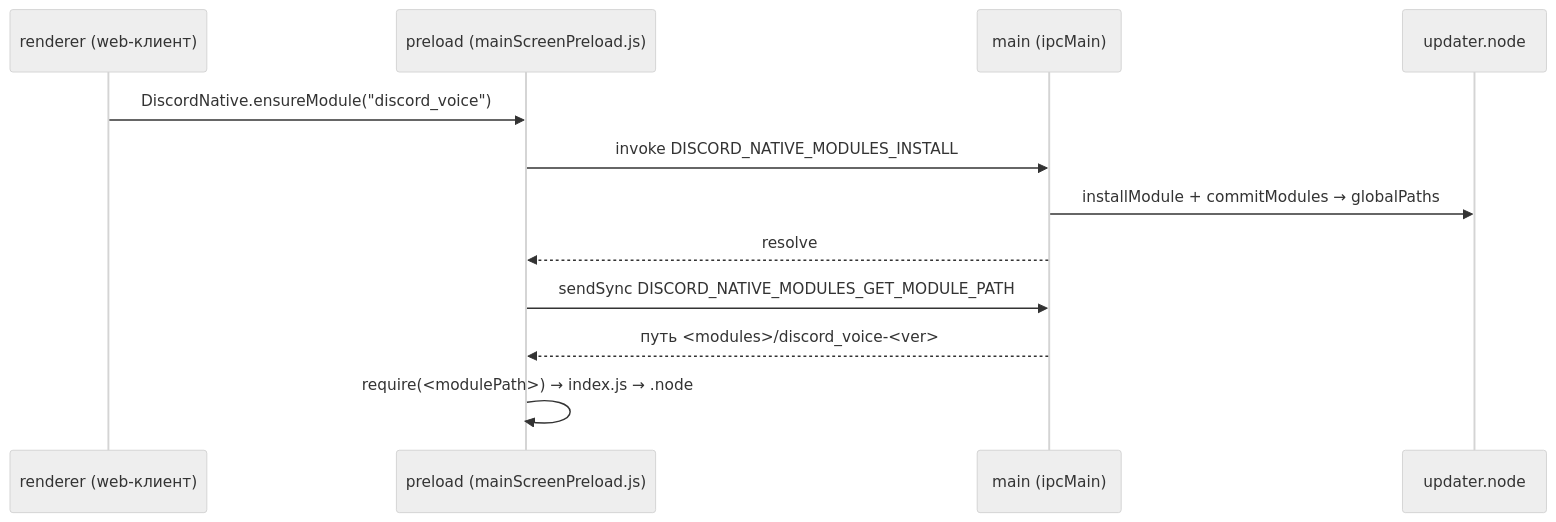
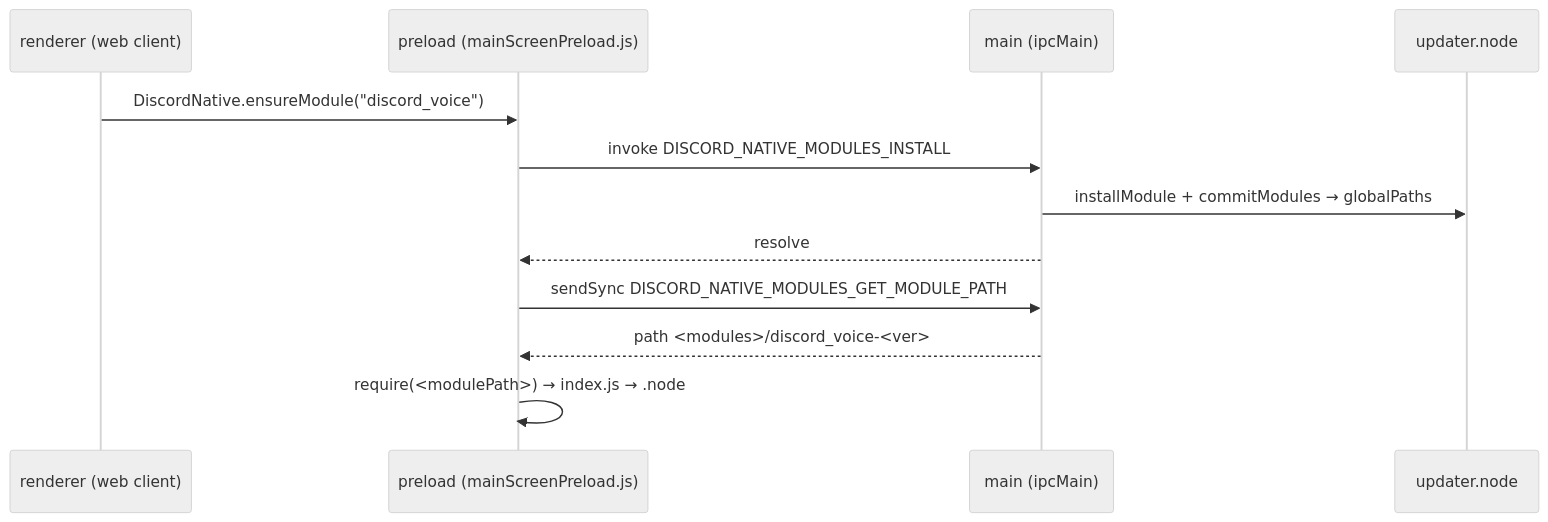
One commit to Userbash/chord changed the third of 6 diagrams in docs/re/architecture.md. Above: the diagram before and after it, drawn with Mermaid (neutral theme). The commit also changed other lines of this file and 2279 other files, not shown here.

````diff
--- a/docs/re/architecture.md
+++ b/docs/re/architecture.md
@@ -81,14 +71,14 @@
 ```mermaid
 sequenceDiagram
-  participant W as renderer (web-клиент)
+  participant W as renderer (web client)
   participant P as preload (mainScreenPreload.js)
   participant M as main (ipcMain)
   participant U as updater.node
   W->>P: DiscordNative.ensureModule("discord_voice")
   P->>M: invoke DISCORD_NATIVE_MODULES_INSTALL
   M->>U: installModule + commitModules → globalPaths
   M-->>P: resolve
   P->>M: sendSync DISCORD_NATIVE_MODULES_GET_MODULE_PATH
-  M-->>P: путь <modules>/discord_voice-<ver>
+  M-->>P: path <modules>/discord_voice-<ver>
   P->>P: require(<modulePath>) → index.js → .node
 ```
````
